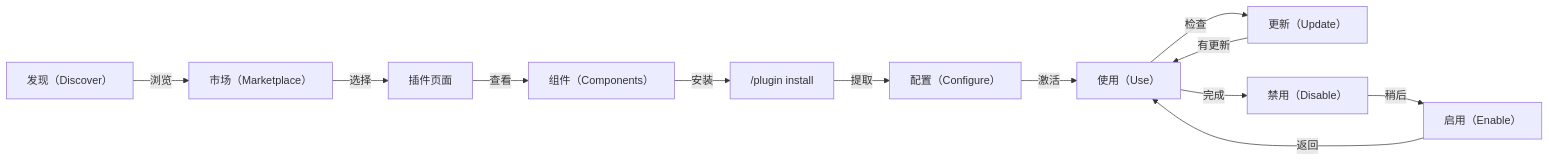
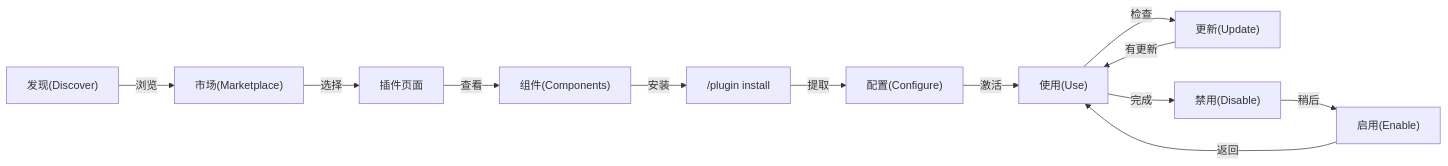
The fourth of 5 diagrams in 07-plugins/README.md (Rx782-Fss/claude-howto-zh), drawn with Mermaid before and after one commit. The commit also changed other lines of this file and 5 other files, not shown here.

Commit message:
fix: Mermaid 内全角括号/问号/emoji/<br/> 改为半角ASCII避免 GitHub 渲染失败

````diff
--- a/07-plugins/README.md
+++ b/07-plugins/README.md
@@ -568,14 +568,14 @@
 ```mermaid
 graph LR
-    A["发现（Discover）"] -->|浏览| B["市场（Marketplace）"]
+    A["发现(Discover)"] -->|浏览| B["市场(Marketplace)"]
     B -->|选择| C["插件页面"]
-    C -->|查看| D["组件（Components）"]
+    C -->|查看| D["组件(Components)"]
     D -->|安装| E["/plugin install"]
-    E -->|提取| F["配置（Configure）"]
-    F -->|激活| G["使用（Use）"]
-    G -->|检查| H["更新（Update）"]
+    E -->|提取| F["配置(Configure)"]
+    F -->|激活| G["使用(Use)"]
+    G -->|检查| H["更新(Update)"]
     H -->|有更新| G
-    G -->|完成| I["禁用（Disable）"]
-    I -->|稍后| J["启用（Enable）"]
+    G -->|完成| I["禁用(Disable)"]
+    I -->|稍后| J["启用(Enable)"]
     J -->|返回| G
 ```
````
